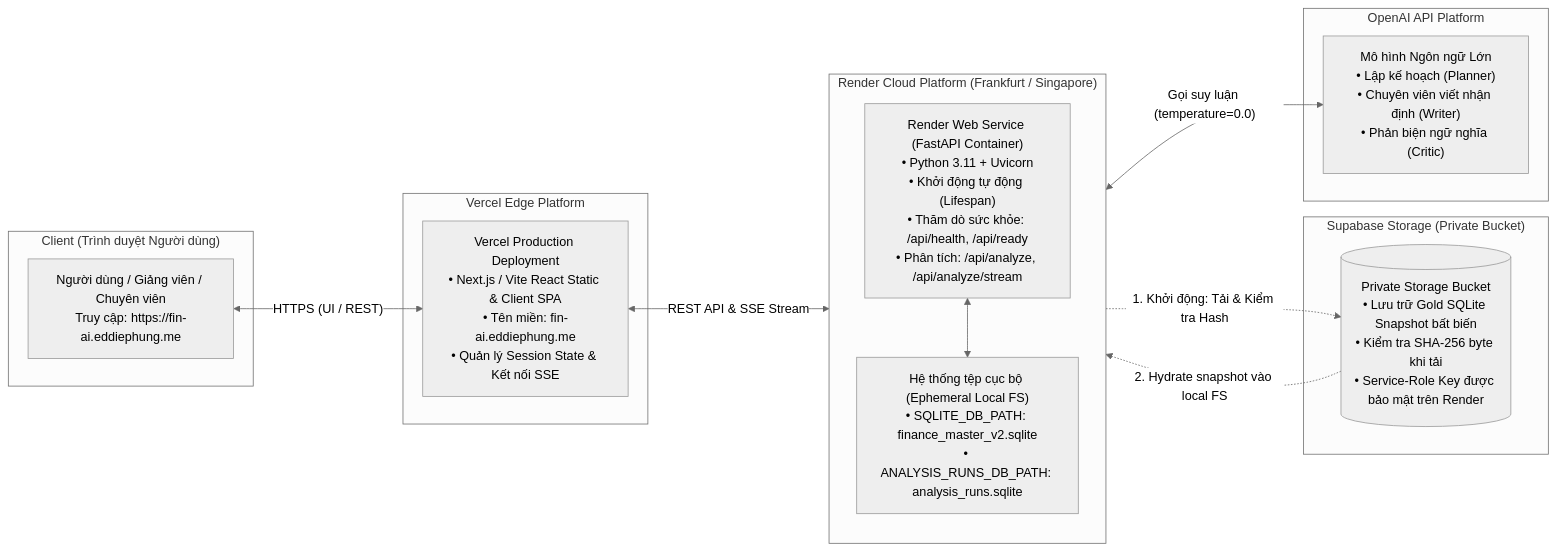
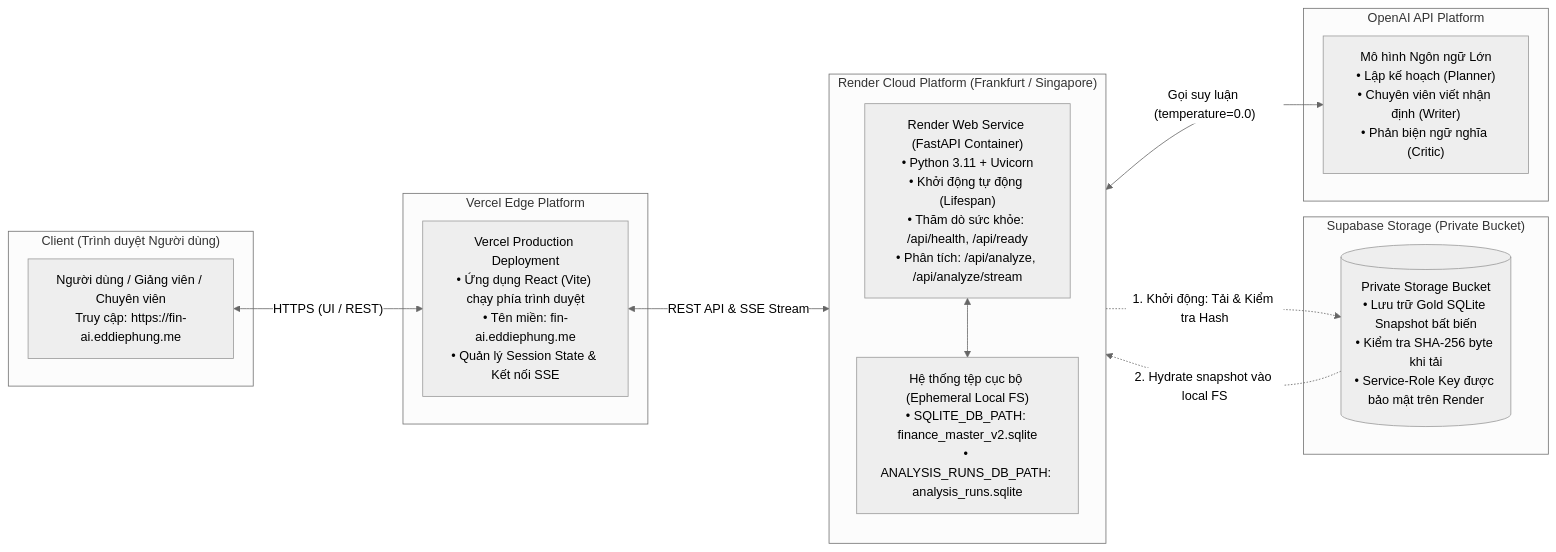
One commit to thaicuong576/final-thesis changed the diagram in docs/thesis-v2/figures/hinh-4-4-kien-truc-trien-khai.mmd. Above: the diagram before and after it, drawn with Mermaid (neutral theme). The commit also changed 5 other files, not shown here.

```diff
--- a/docs/thesis-v2/figures/hinh-4-4-kien-truc-trien-khai.mmd
+++ b/docs/thesis-v2/figures/hinh-4-4-kien-truc-trien-khai.mmd
@@ -1,31 +1,31 @@
 flowchart LR
     subgraph Client ["Client (Trình duyệt Người dùng)"]
         Browser["Người dùng / Giảng viên / Chuyên viên<br/>Truy cập: https://fin-ai.eddiephung.me"]
     end
 
     subgraph Vercel_Platform ["Vercel Edge Platform"]
-        FrontendHost["Vercel Production Deployment<br/>• Next.js / Vite React Static & Client SPA<br/>• Tên miền: fin-ai.eddiephung.me<br/>• Quản lý Session State & Kết nối SSE"]
+        FrontendHost["Vercel Production Deployment<br/>• Ứng dụng React (Vite) chạy phía trình duyệt<br/>• Tên miền: fin-ai.eddiephung.me<br/>• Quản lý Session State & Kết nối SSE"]
     end
 
     subgraph Render_Platform ["Render Cloud Platform (Frankfurt / Singapore)"]
         direction TB
         APIService["Render Web Service (FastAPI Container)<br/>• Python 3.11 + Uvicorn<br/>• Khởi động tự động (Lifespan)<br/>• Thăm dò sức khỏe: /api/health, /api/ready<br/>• Phân tích: /api/analyze, /api/analyze/stream"]
         
         LocalFS["Hệ thống tệp cục bộ (Ephemeral Local FS)<br/>• SQLITE_DB_PATH: finance_master_v2.sqlite<br/>• ANALYSIS_RUNS_DB_PATH: analysis_runs.sqlite"]
         APIService <--> LocalFS
     end
 
     subgraph Supabase_Platform ["Supabase Storage (Private Bucket)"]
         SnapshotStore[("Private Storage Bucket<br/>• Lưu trữ Gold SQLite Snapshot bất biến<br/>• Kiểm tra SHA-256 byte khi tải<br/>• Service-Role Key được bảo mật trên Render")]
     end
 
     subgraph OpenAI_Platform ["OpenAI API Platform"]
         LLMModels["Mô hình Ngôn ngữ Lớn<br/>• Lập kế hoạch (Planner)<br/>• Chuyên viên viết nhận định (Writer)<br/>• Phản biện ngữ nghĩa (Critic)"]
     end
 
     Browser <-->|"HTTPS (UI / REST)"| FrontendHost
     FrontendHost <-->|"REST API & SSE Stream"| APIService
     
     APIService -.->|"1. Khởi động: Tải & Kiểm tra Hash"| SnapshotStore
     SnapshotStore -.->|"2. Hydrate snapshot vào local FS"| LocalFS
     APIService <-->|"Gọi suy luận (temperature=0.0)"| LLMModels
```
